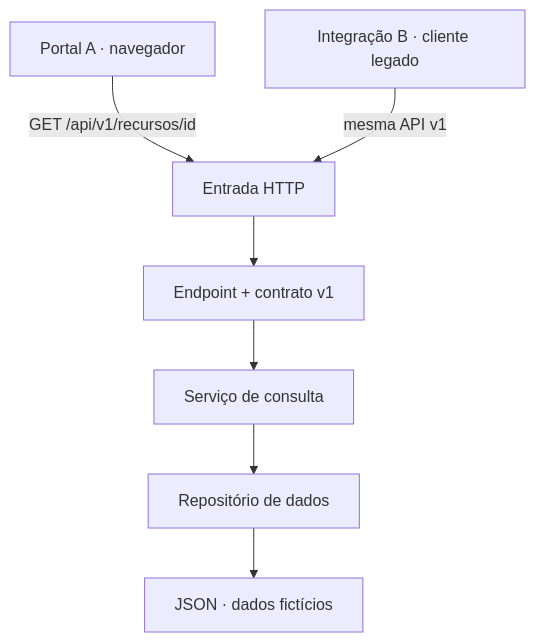
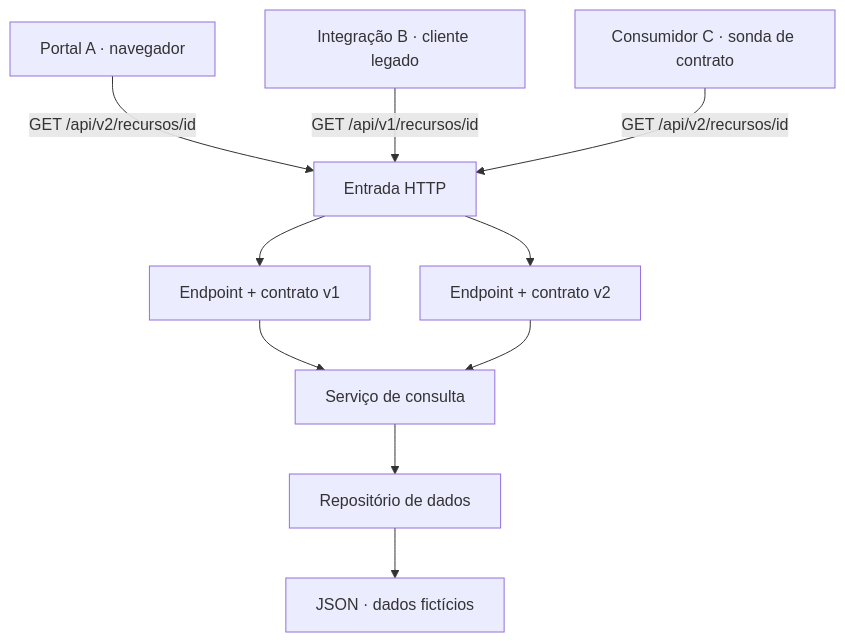
The diagram in docs/arquitetura.md (jardim-plataforma/lab-01-entrega-compativel), drawn with Mermaid before and after one commit. The commit also changed other lines of this file and 3 other files, not shown here.

````diff
--- a/docs/arquitetura.md
+++ b/docs/arquitetura.md
@@ -5,9 +5,12 @@
 ```mermaid
 flowchart TD
-  A["Portal A · navegador"] -->|"GET /api/v1/recursos/id"| H["Entrada HTTP"]
-  B["Integração B · cliente legado"] -->|"mesma API v1"| H
-  H --> E["Endpoint + contrato v1"]
-  E --> S["Serviço de consulta"]
+  A["Portal A · navegador"] -->|"GET /api/v2/recursos/id"| H["Entrada HTTP"]
+  B["Integração B · cliente legado"] -->|"GET /api/v1/recursos/id"| H
+  C["Consumidor C · sonda de contrato"] -->|"GET /api/v2/recursos/id"| H
+  H --> E1["Endpoint + contrato v1"]
+  H --> E2["Endpoint + contrato v2"]
+  E1 --> S["Serviço de consulta"]
+  E2 --> S
   S --> R["Repositório de dados"]
   R --> D["JSON · dados fictícios"]
 ```
````
